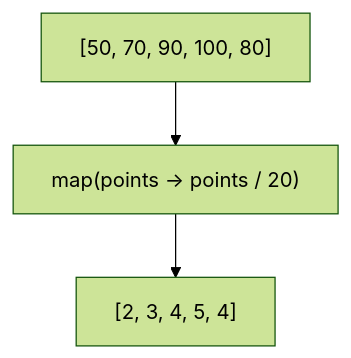
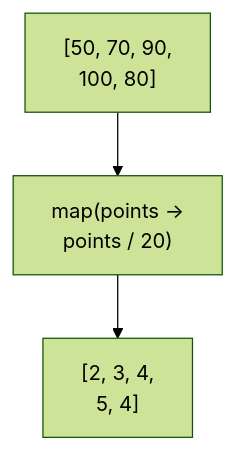
Before and after one commit to hh-programming-2/lessons: the second of 2 diagrams in materials/streams.md, drawn with Mermaid (forest theme). The commit also changed other lines of this file, not shown here.

Commit message:
Improve readability of flowcharts in streams.md
Updated flowchart representations in the streams.md file to include line breaks for better readability.

````diff
--- a/materials/streams.md
+++ b/materials/streams.md
@@ -114,5 +114,5 @@
 ```mermaid
 flowchart TB
-    A["[50, 70, 90, 100, 80]"] --> B["map(points -> points / 20)"]
-    B --> C["[2, 3, 4, 5, 4]"]
+    A["[50, 70, 90,<br/>100, 80]"] --> B["map(points -><br/>points / 20)"]
+    B --> C["[2, 3, 4,<br/>5, 4]"]
 ```
````
